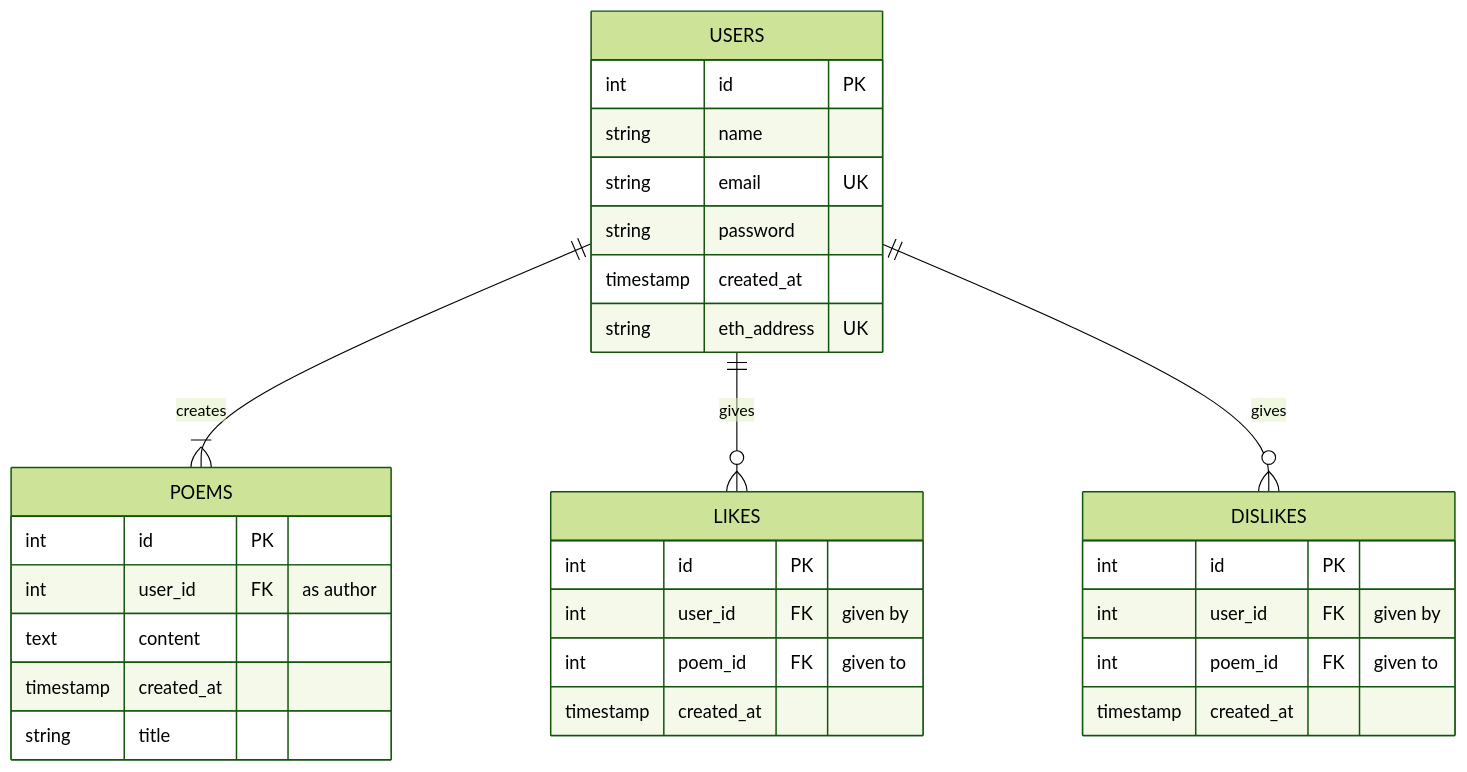
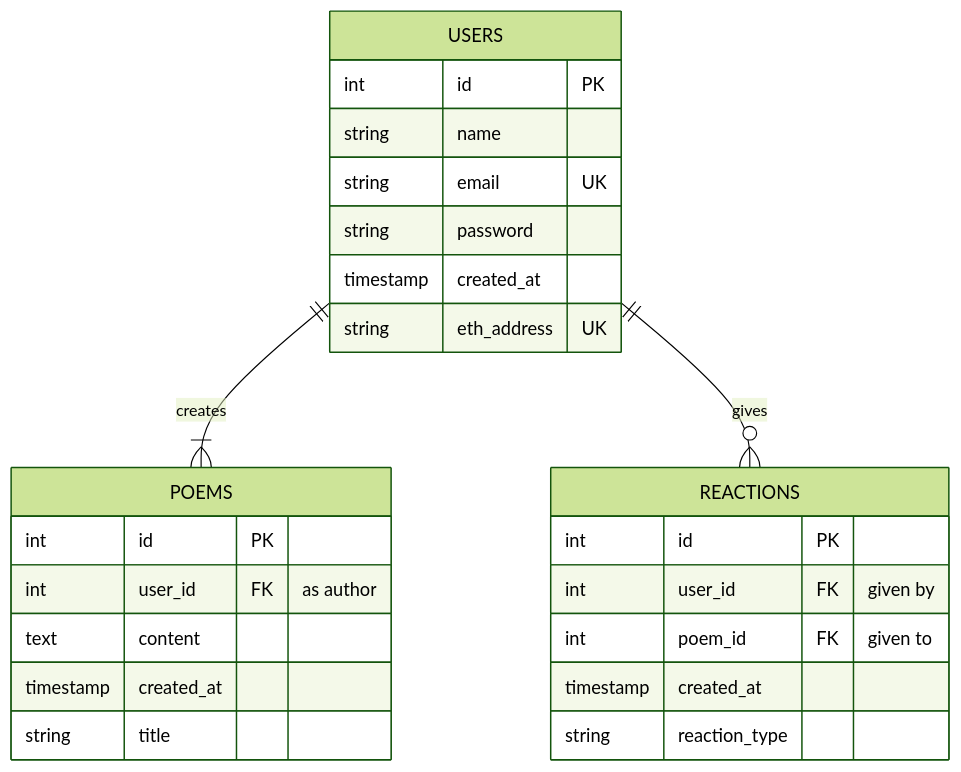
Before and after one commit to globe-and-citizen/weve-got-poems: the diagram in backend/README.md, drawn with Mermaid (forest theme).

Commit message:
Updated mermaid

````diff
--- a/backend/README.md
+++ b/backend/README.md
@@ -26,34 +26,28 @@
 ```mermaid
 erDiagram
     USERS ||--|{ POEMS : creates
-    USERS ||--o{ LIKES : gives
-    USERS ||--o{ DISLIKES : gives
+    USERS ||--o{ REACTIONS : gives
     USERS {
         int id PK
         string name
         string email UK
         string password
         timestamp created_at
         string eth_address UK
     }
     POEMS {
         int id PK
         int user_id FK "as author"
         text content
         timestamp created_at
         string title
     }
-    LIKES {
+    REACTIONS {
         int id PK
         int user_id FK "given by"
         int poem_id FK "given to"
         timestamp created_at
-    }
-    DISLIKES {
-        int id PK
-        int user_id FK "given by"
-        int poem_id FK "given to"
-        timestamp created_at
+        string reaction_type
     }
 
 ```
````
